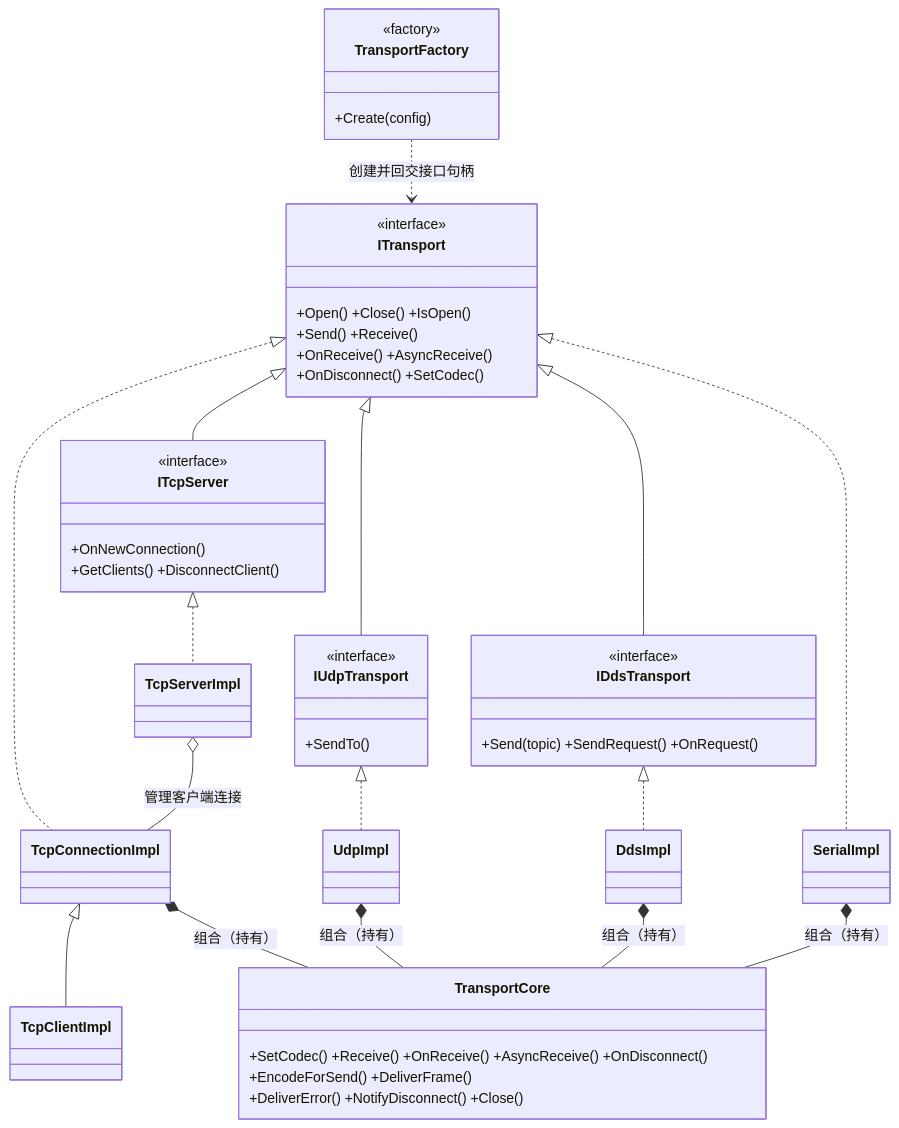
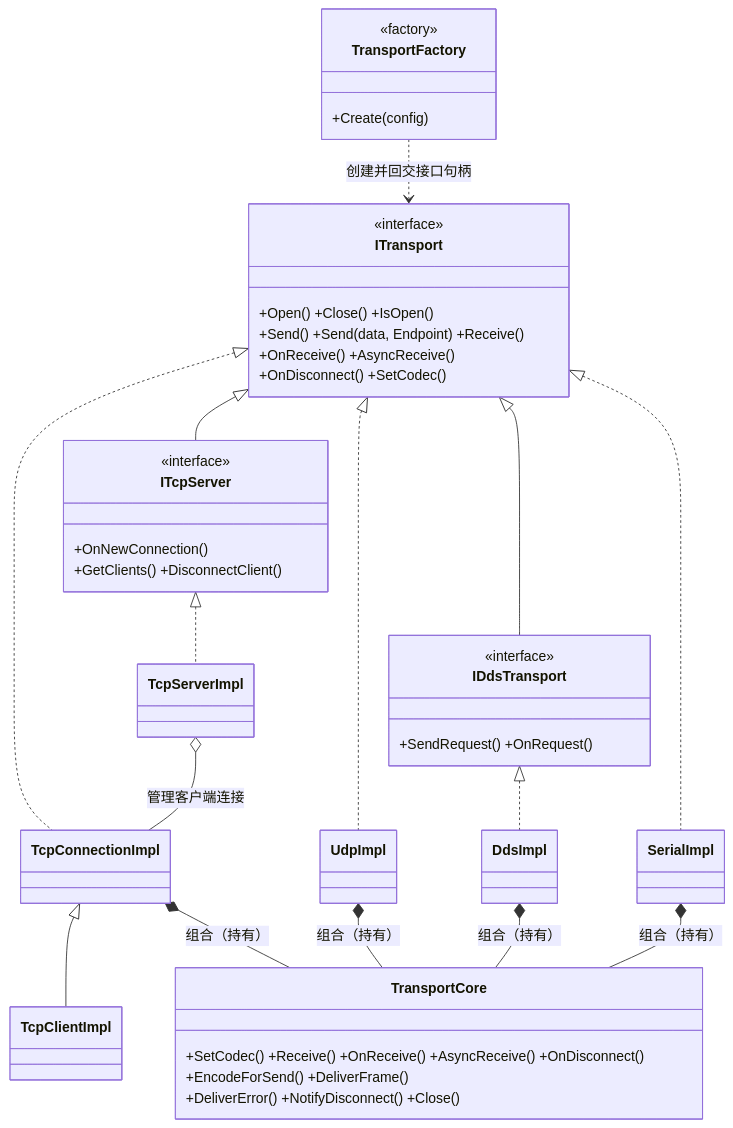
One commit to Ste7an-cs/Transport changed the second of 5 diagrams in docs/superpowers/specs/2026-06-09-transport-middleware-design.md. Above: the diagram before and after it, drawn with Mermaid. The commit also changed other lines of this file and 3 other files, not shown here.

Commit message:
docs: Endpoint 统一寻址同步 README/主 spec/as-built(删 IUdpTransport 与 DDS 双参 Send 文档面)

````diff
--- a/docs/superpowers/specs/2026-06-09-transport-middleware-design.md
+++ b/docs/superpowers/specs/2026-06-09-transport-middleware-design.md
@@ -143,60 +144,55 @@
 ```mermaid
 classDiagram
   direction TB
 
   class ITransport {
     <<interface>>
     +Open() +Close() +IsOpen()
-    +Send() +Receive()
+    +Send() +Send(data, Endpoint) +Receive()
     +OnReceive() +AsyncReceive()
     +OnDisconnect() +SetCodec()
   }
   class ITcpServer {
     <<interface>>
     +OnNewConnection()
     +GetClients() +DisconnectClient()
   }
-  class IUdpTransport {
-    <<interface>>
-    +SendTo()
-  }
   class IDdsTransport {
     <<interface>>
-    +Send(topic) +SendRequest() +OnRequest()
+    +SendRequest() +OnRequest()
   }
   ITransport <|-- ITcpServer
-  ITransport <|-- IUdpTransport
   ITransport <|-- IDdsTransport
 
   class TransportCore {
     +SetCodec() +Receive() +OnReceive() +AsyncReceive() +OnDisconnect()
     +EncodeForSend() +DeliverFrame()
     +DeliverError() +NotifyDisconnect() +Close()
   }
 
   class TcpConnectionImpl
   class TcpClientImpl
   class TcpServerImpl
   class UdpImpl
   class DdsImpl
   class SerialImpl
 
   ITransport <|.. TcpConnectionImpl
   TcpConnectionImpl <|-- TcpClientImpl
   ITcpServer <|.. TcpServerImpl
   TcpServerImpl o-- TcpConnectionImpl : 管理客户端连接
-  IUdpTransport <|.. UdpImpl
+  ITransport <|.. UdpImpl
   IDdsTransport <|.. DdsImpl
   ITransport <|.. SerialImpl
 
   TcpConnectionImpl *-- TransportCore : 组合（持有）
   UdpImpl *-- TransportCore : 组合（持有）
   DdsImpl *-- TransportCore : 组合（持有）
   SerialImpl *-- TransportCore : 组合（持有）
 
   class TransportFactory {
     <<factory>>
     +Create(config)
   }
   TransportFactory ..> ITransport : 创建并回交接口句柄
 ```
````
